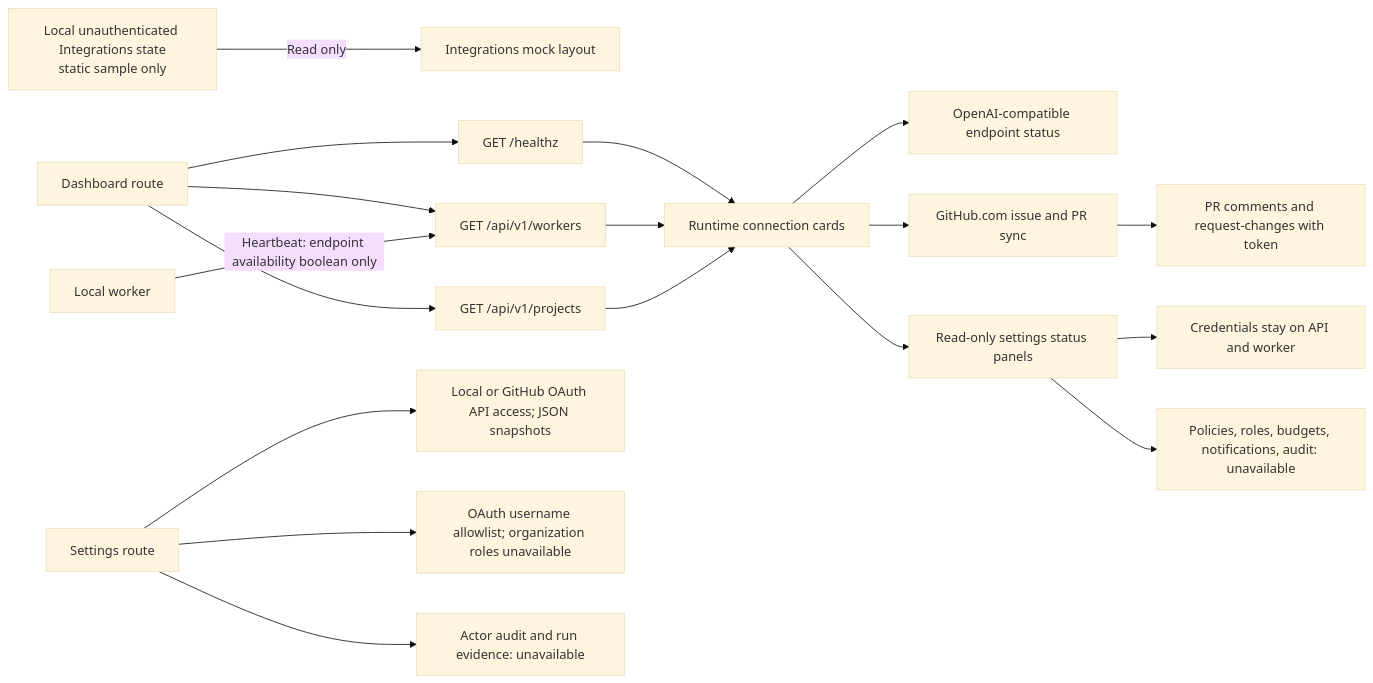
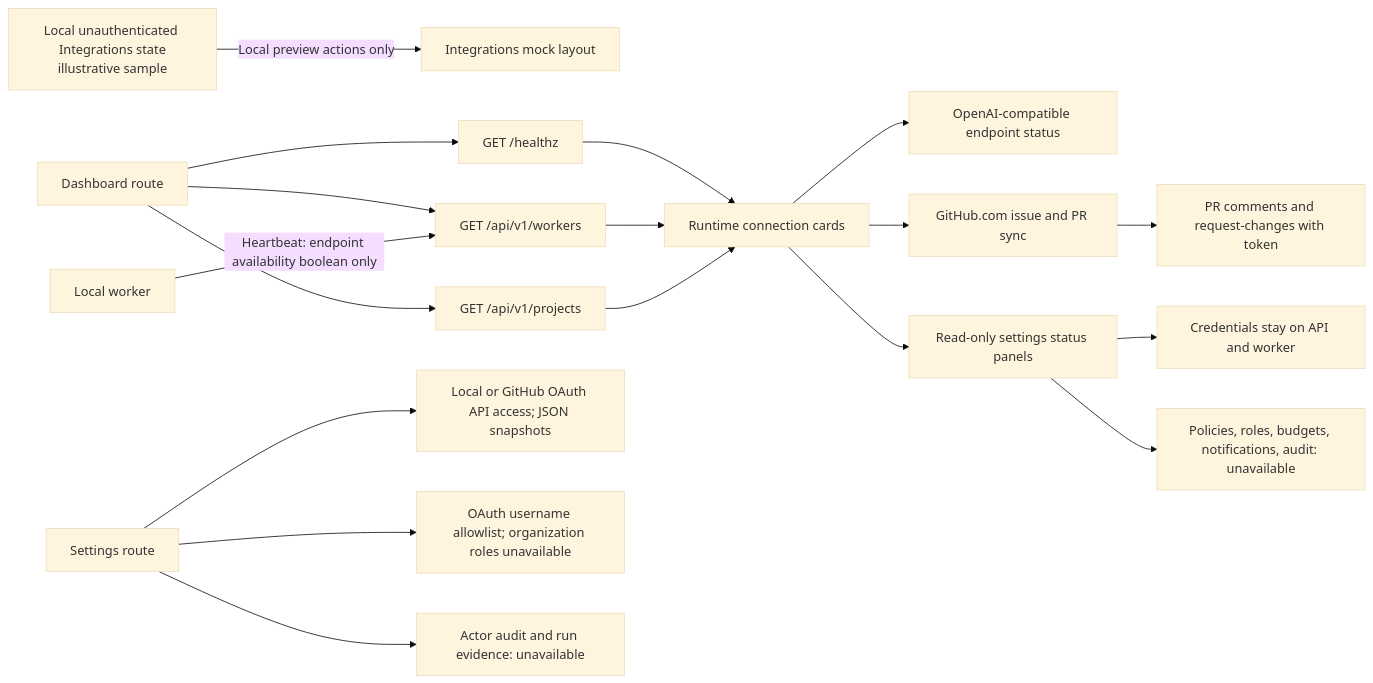
One commit to bogdaniel/zenchron-engineering-os changed the diagram in docs/features/system-settings-and-integrations.md. Above: the diagram before and after it, drawn with Mermaid (base theme). The commit also changed other lines of this file and 5 other files, not shown here.

Commit message:
fix(integrations): wire local preview controls

````diff
--- a/docs/features/system-settings-and-integrations.md
+++ b/docs/features/system-settings-and-integrations.md
@@ -14,20 +16,20 @@
 ```mermaid
 flowchart LR
-    Preview[Local unauthenticated Integrations state<br/>static sample only] -->|Read only| Mock[Integrations mock layout]
+    Preview[Local unauthenticated Integrations state<br/>illustrative sample] -->|Local preview actions only| Mock[Integrations mock layout]
     Browser[Dashboard route] --> APIHealth[GET /healthz]
     Browser --> Workers[GET /api/v1/workers]
     Browser --> Projects[GET /api/v1/projects]
     Worker[Local worker] -->|Heartbeat: endpoint availability boolean only| Workers
     APIHealth --> Integrations[Runtime connection cards]
     Workers --> Integrations
     Projects --> Integrations
     Integrations --> Model[OpenAI-compatible endpoint status]
     Integrations --> GitHub[GitHub.com issue and PR sync]
     GitHub --> PRReview[PR comments and request-changes with token]
     Integrations --> Boundaries[Read-only settings status panels]
     Boundaries --> Secrets[Credentials stay on API and worker]
     Boundaries --> Missing[Policies, roles, budgets, notifications, audit: unavailable]
     Settings[Settings route] --> Boundary[Local or GitHub OAuth API access; JSON snapshots]
     Settings --> Access[OAuth username allowlist; organization roles unavailable]
     Settings --> Audit[Actor audit and run evidence: unavailable]
 ```
````
